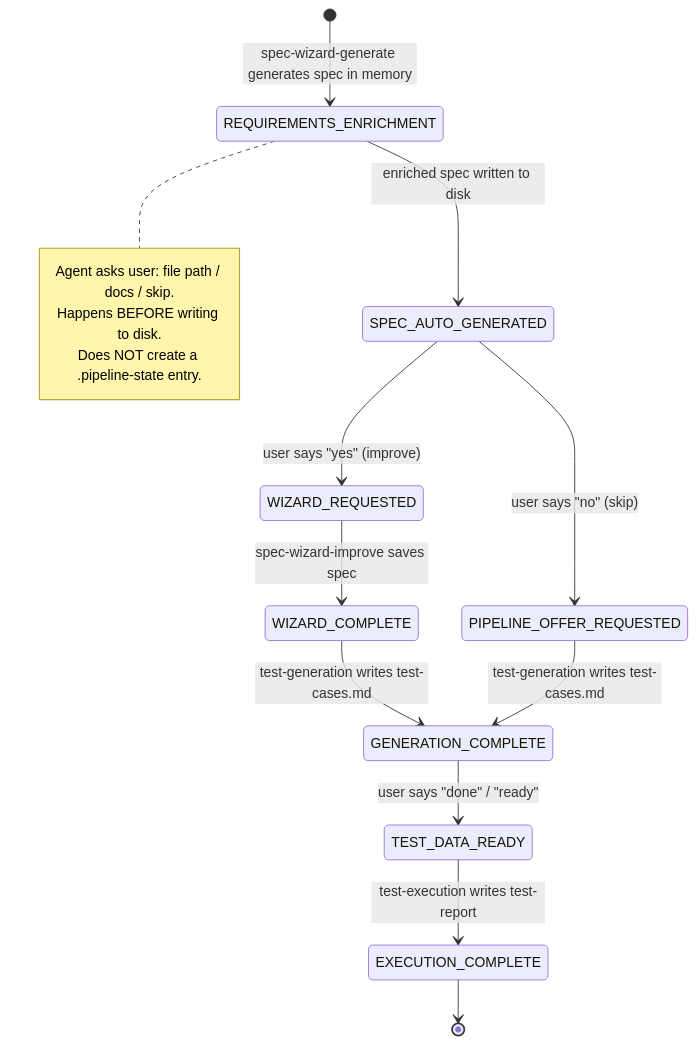
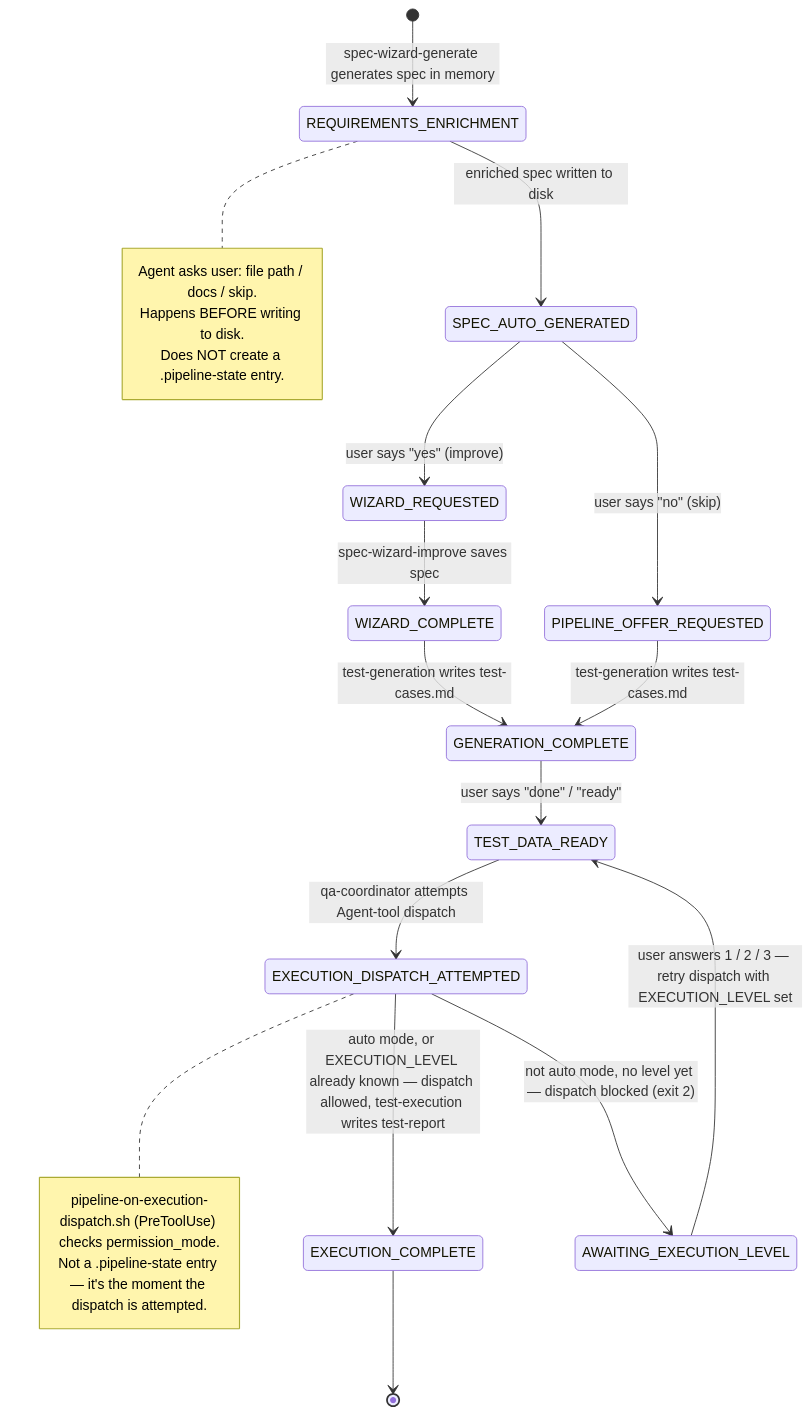
One commit to Strako/AI-Driven-UI-Specification-QA-Automation-Suite changed the second of 2 diagrams in personal-explanation.md. Above: the diagram before and after it, drawn with Mermaid. The commit also changed other lines of this file and 13 other files, not shown here.

First line of the commit message:
feat(pipeline): add execution-dispatch hook and severity-based test filtering

````diff
--- a/personal-explanation.md
+++ b/personal-explanation.md
@@ -572,18 +628,25 @@
 ```mermaid
 stateDiagram-v2
     [*] --> REQUIREMENTS_ENRICHMENT : spec-wizard-generate generates spec in memory
     note right of REQUIREMENTS_ENRICHMENT
         Agent asks user: file path / docs / skip.
         Happens BEFORE writing to disk.
         Does NOT create a .pipeline-state entry.
     end note
     REQUIREMENTS_ENRICHMENT --> SPEC_AUTO_GENERATED : enriched spec written to disk
     SPEC_AUTO_GENERATED --> WIZARD_REQUESTED : user says "yes" (improve)
     SPEC_AUTO_GENERATED --> PIPELINE_OFFER_REQUESTED : user says "no" (skip)
     WIZARD_REQUESTED --> WIZARD_COMPLETE : spec-wizard-improve saves spec
     WIZARD_COMPLETE --> GENERATION_COMPLETE : test-generation writes test-cases.md
     PIPELINE_OFFER_REQUESTED --> GENERATION_COMPLETE : test-generation writes test-cases.md
     GENERATION_COMPLETE --> TEST_DATA_READY : user says "done" / "ready"
-    TEST_DATA_READY --> EXECUTION_COMPLETE : test-execution writes test-report
+    TEST_DATA_READY --> EXECUTION_DISPATCH_ATTEMPTED : qa-coordinator attempts Agent-tool dispatch
+    note right of EXECUTION_DISPATCH_ATTEMPTED
+        pipeline-on-execution-dispatch.sh (PreToolUse) checks permission_mode.
+        Not a .pipeline-state entry — it's the moment the dispatch is attempted.
+    end note
+    EXECUTION_DISPATCH_ATTEMPTED --> EXECUTION_COMPLETE : auto mode, or EXECUTION_LEVEL already known — dispatch allowed, test-execution writes test-report
+    EXECUTION_DISPATCH_ATTEMPTED --> AWAITING_EXECUTION_LEVEL : not auto mode, no level yet — dispatch blocked (exit 2)
+    AWAITING_EXECUTION_LEVEL --> TEST_DATA_READY : user answers 1 / 2 / 3 — retry dispatch with EXECUTION_LEVEL set
     EXECUTION_COMPLETE --> [*]
 ```
````
